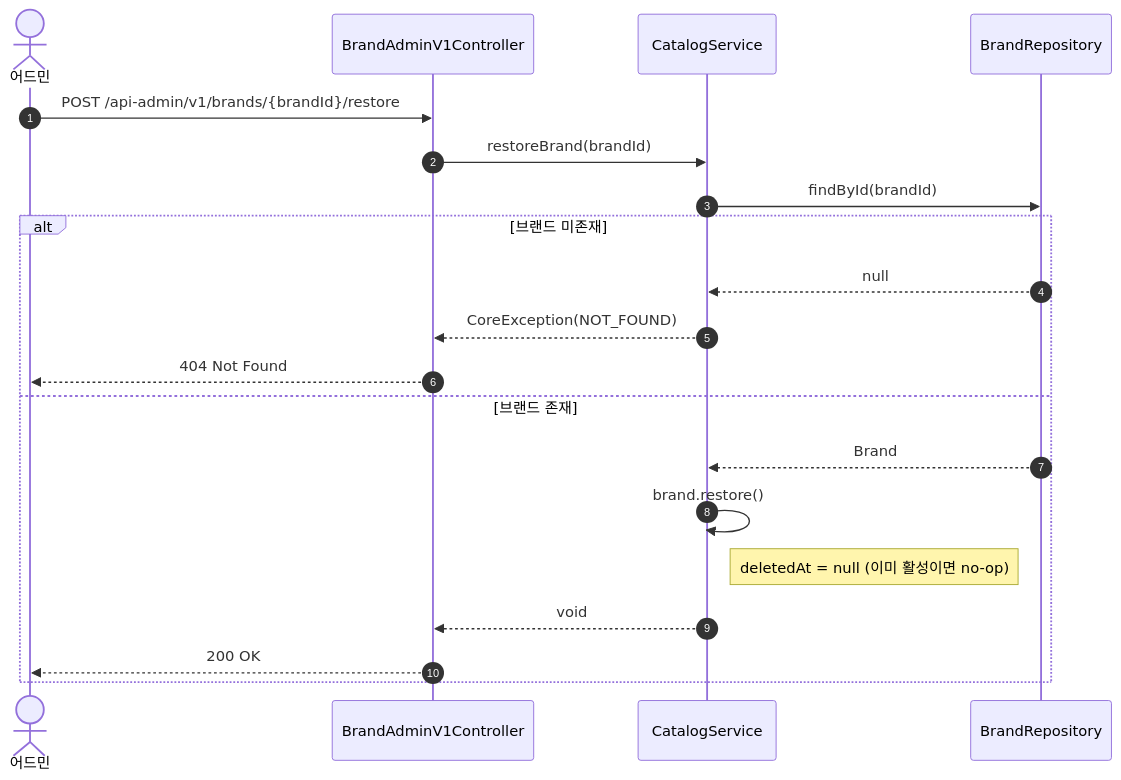
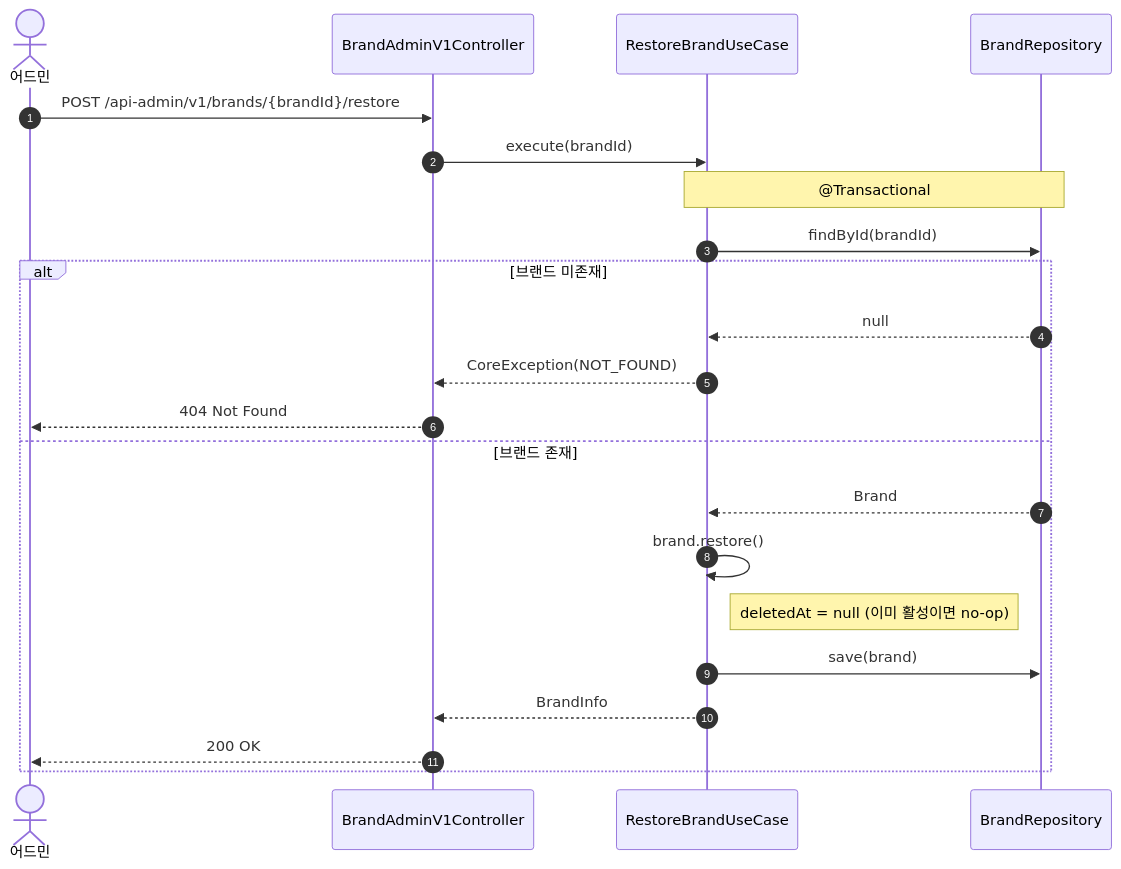
One commit to Loopers-dev-lab/loop-pack-be-l2-vol3-kotlin changed the ninth of 26 diagrams in docs/design/02-sequence-diagrams.md. Above: the diagram before and after it, drawn with Mermaid. The commit also changed other lines of this file and 6 other files, not shown here.

First line of the commit message:
docs: 설계 문서 최신화 — Facade/Service → UseCase 패턴 반영

````diff
--- a/docs/design/02-sequence-diagrams.md
+++ b/docs/design/02-sequence-diagrams.md
@@ -238,23 +239,25 @@
 ```mermaid
 sequenceDiagram
     autonumber
     actor Admin as 어드민
     participant C as BrandAdminV1Controller
-    participant S as CatalogService
+    participant UC as RestoreBrandUseCase
     participant R as BrandRepository
 
     Admin ->> C: POST /api-admin/v1/brands/{brandId}/restore
-    C ->> S: restoreBrand(brandId)
-    S ->> R: findById(brandId)
+    C ->> UC: execute(brandId)
+    Note over UC, R: @Transactional
+    UC ->> R: findById(brandId)
     alt 브랜드 미존재
-        R -->> S: null
-        S -->> C: CoreException(NOT_FOUND)
+        R -->> UC: null
+        UC -->> C: CoreException(NOT_FOUND)
         C -->> Admin: 404 Not Found
     else 브랜드 존재
-        R -->> S: Brand
-        S ->> S: brand.restore()
-        Note right of S: deletedAt = null (이미 활성이면 no-op)
-        S -->> C: void
+        R -->> UC: Brand
+        UC ->> UC: brand.restore()
+        Note right of UC: deletedAt = null (이미 활성이면 no-op)
+        UC ->> R: save(brand)
+        UC -->> C: BrandInfo
         C -->> Admin: 200 OK
     end
 ```
````
